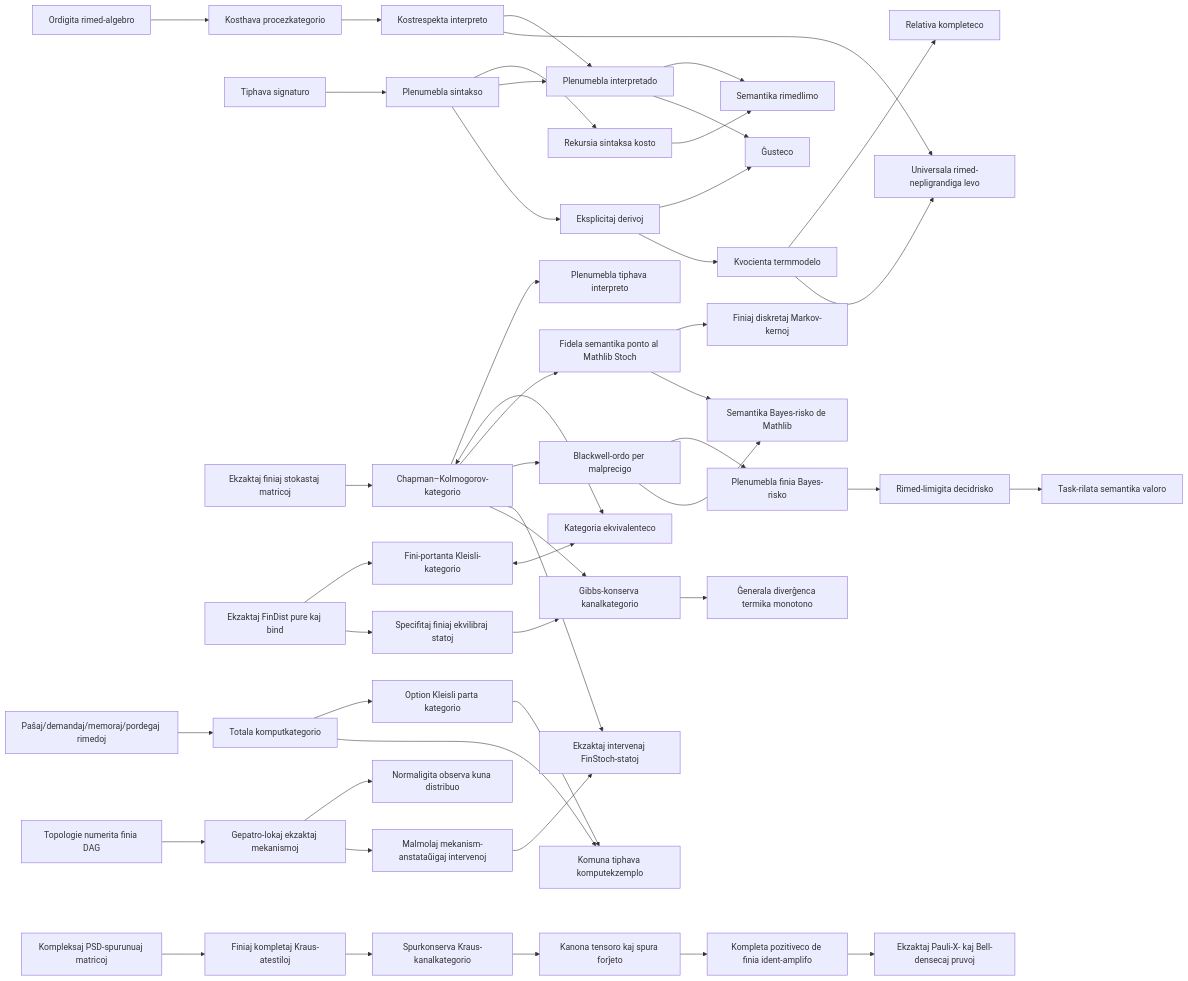
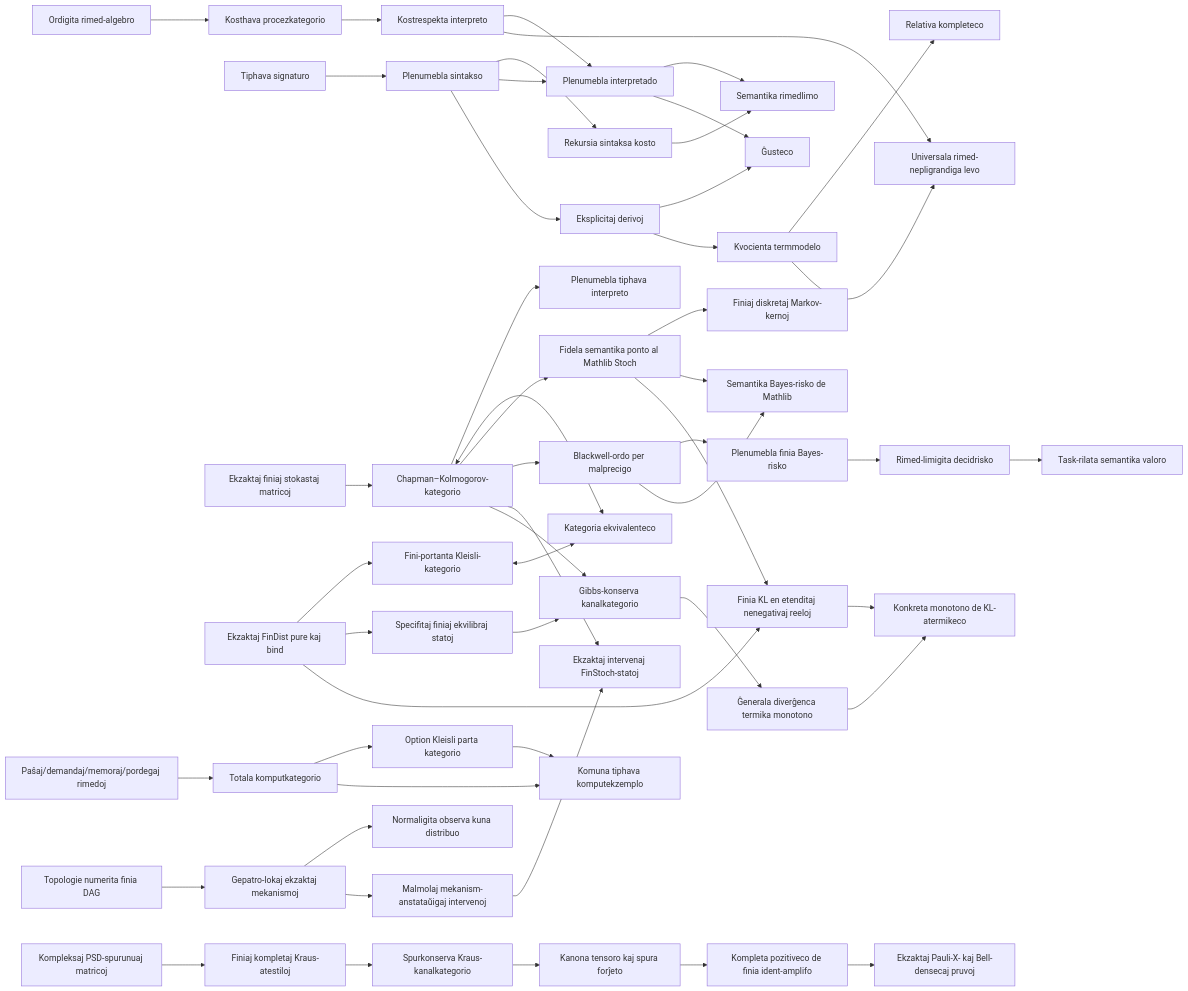
One commit to miuchan/ript changed the diagram in docs/README.eo.md. Above: the diagram before and after it, drawn with Mermaid. The commit also changed other lines of this file and 10 other files, not shown here.

````diff
--- a/docs/README.eo.md
+++ b/docs/README.eo.md
@@ -931,49 +959,53 @@
 ```mermaid
 flowchart LR
   R["Ordigita rimed-algebro"] --> C["Kosthava procezkategorio"]
   S["Tiphava signaturo"] --> X["Plenumebla sintakso"]
   X --> K["Rekursia sintaksa kosto"]
   C --> I["Kostrespekta interpreto"]
   X --> E["Plenumebla interpretado"]
   I --> E
   K --> B["Semantika rimedlimo"]
   E --> B
   X --> D["Eksplicitaj derivoj"]
   D --> SO["Ĝusteco"]
   E --> SO
   D --> T["Kvocienta termmodelo"]
   T --> CO["Relativa kompleteco"]
   I --> U["Universala rimed-nepligrandiga levo"]
   T --> U
   F["Ekzaktaj finiaj stokastaj matricoj"] --> CK["Chapman–Kolmogorov-kategorio"]
   CK --> EX["Plenumebla tiphava interpreto"]
   FD["Ekzaktaj FinDist pure kaj bind"] --> KL["Fini-portanta Kleisli-kategorio"]
   CK <--> EQ["Kategoria ekvivalenteco"]
   KL <--> EQ
   CK --> ST["Fidela semantika ponto al Mathlib Stoch"]
   ST --> MT["Finiaj diskretaj Markov-kernoj"]
   CK --> BW["Blackwell-ordo per malprecigo"]
   ST --> SB["Semantika Bayes-risko de Mathlib"]
   BW --> FR["Plenumebla finia Bayes-risko"]
   FR --> RR["Rimed-limigita decidrisko"]
   RR --> SV["Task-rilata semantika valoro"]
   BW --> SB
   CR["Paŝaj/demandaj/memoraj/pordegaj rimedoj"] --> TC["Totala komputkategorio"]
   TC --> PC["Option Kleisli parta kategorio"]
   TC --> CE["Komuna tiphava komputekzemplo"]
   PC --> CE
   DAG["Topologie numerita finia DAG"] --> CM["Gepatro-lokaj ekzaktaj mekanismoj"]
   CM --> OJ["Normaligita observa kuna distribuo"]
   CM --> DO["Malmolaj mekanism-anstataŭigaj intervenoj"]
   DO --> IS["Ekzaktaj intervenaj FinStoch-statoj"]
   CK --> IS
   FD --> TE["Specifitaj finiaj ekvilibraj statoj"]
   CK --> GP["Gibbs-konserva kanalkategorio"]
   TE --> GP
   GP --> TM["Ĝenerala diverĝenca termika monotono"]
+  FD --> FKL["Finia KL en etenditaj nenegativaj reeloj"]
+  ST --> FKL
+  FKL --> KTM["Konkreta monotono de KL-atermikeco"]
+  TM --> KTM
   QB["Kompleksaj PSD-spurunuaj matricoj"] --> QK["Finiaj kompletaj Kraus-atestiloj"]
   QK --> QC["Spurkonserva Kraus-kanalkategorio"]
   QC --> QT["Kanona tensoro kaj spura forĵeto"]
   QT --> QP["Kompleta pozitiveco de finia ident-amplifo"]
   QP --> QX["Ekzaktaj Pauli-X- kaj Bell-densecaj pruvoj"]
 ```
````
